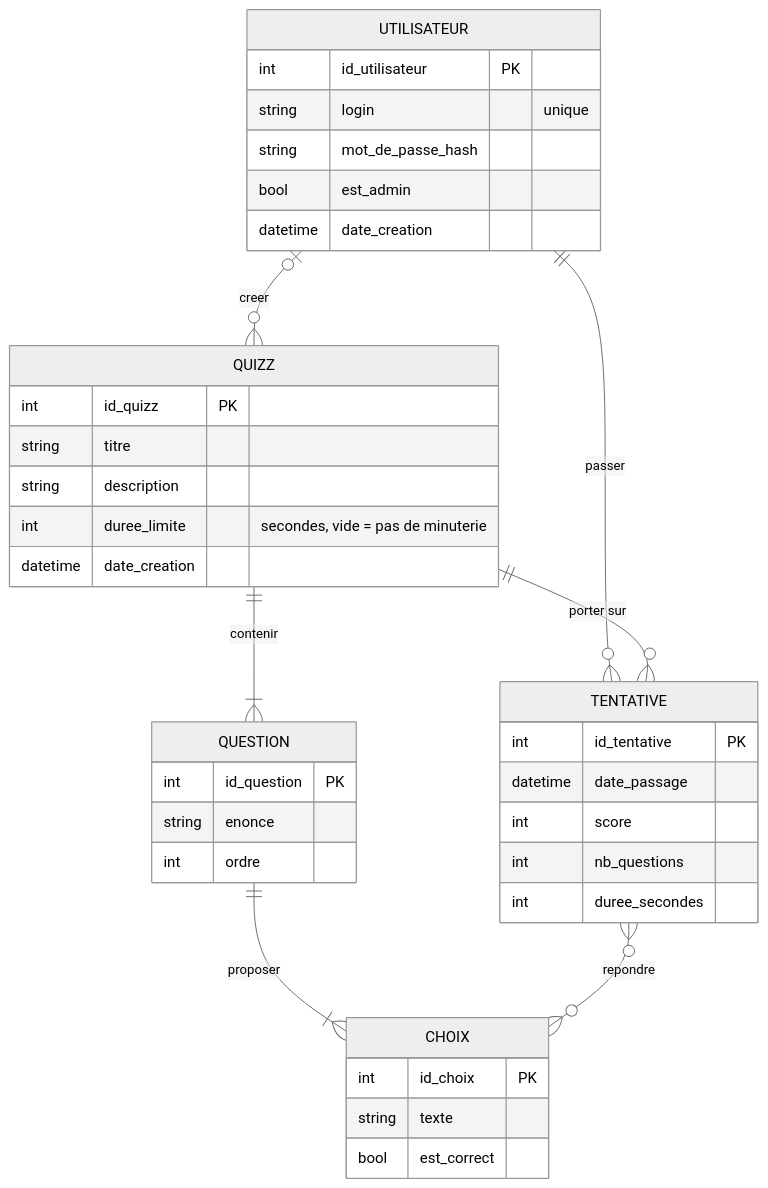
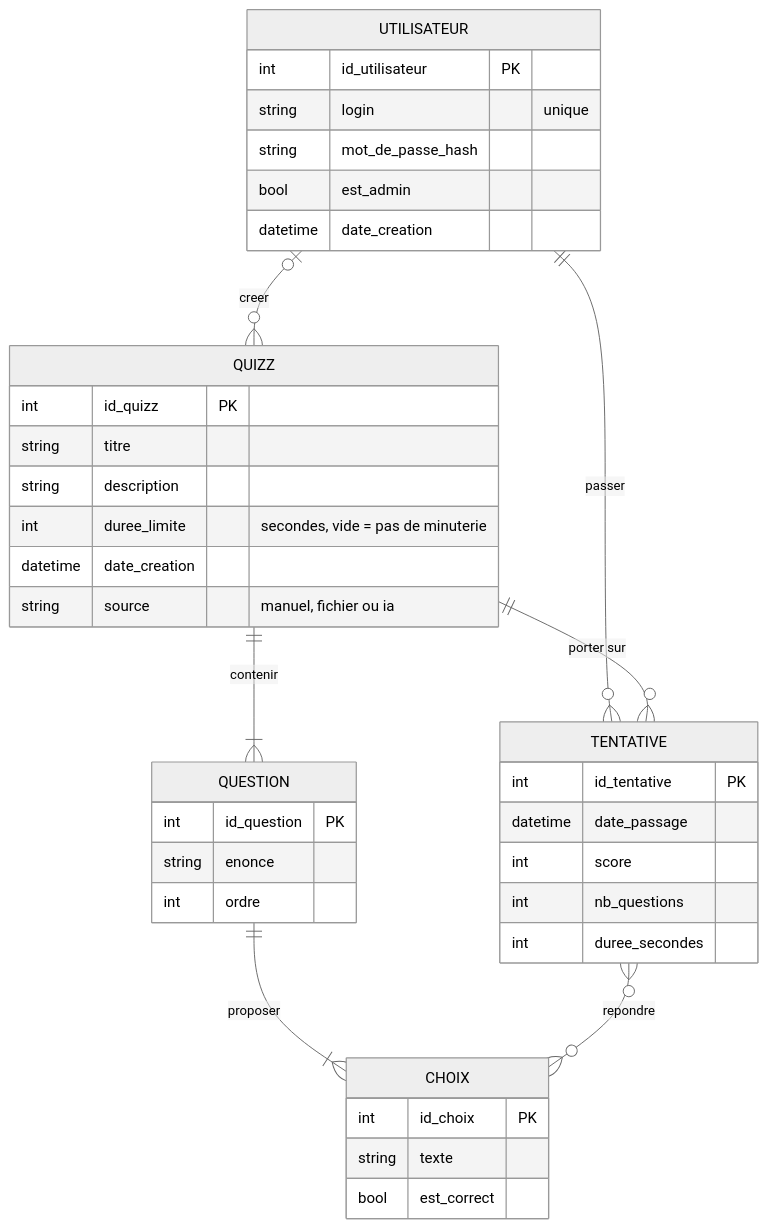
Before and after one commit to jaafarelkouhen/kwizz: the diagram in docs/conception/MCD.md, drawn with Mermaid (neutral theme). The commit also changed other lines of this file and 8 other files, not shown here.

Commit message:
feat: origine des quizz (manuel, fichier, ia) + migration automatique (T55)

````diff
--- a/docs/conception/MCD.md
+++ b/docs/conception/MCD.md
@@ -5,41 +5,42 @@
 ```mermaid
 erDiagram
     UTILISATEUR ||--o{ TENTATIVE : passer
     UTILISATEUR |o--o{ QUIZZ : creer
     QUIZZ ||--|{ QUESTION : contenir
     QUESTION ||--|{ CHOIX : proposer
     QUIZZ ||--o{ TENTATIVE : "porter sur"
     TENTATIVE }o--o{ CHOIX : repondre
 
     UTILISATEUR {
         int id_utilisateur PK
         string login "unique"
         string mot_de_passe_hash
         bool est_admin
         datetime date_creation
     }
     QUIZZ {
         int id_quizz PK
         string titre
         string description
         int duree_limite "secondes, vide = pas de minuterie"
         datetime date_creation
+        string source "manuel, fichier ou ia"
     }
     QUESTION {
         int id_question PK
         string enonce
         int ordre
     }
     CHOIX {
         int id_choix PK
         string texte
         bool est_correct
     }
     TENTATIVE {
         int id_tentative PK
         datetime date_passage
         int score
         int nb_questions
         int duree_secondes
     }
 ```
````
